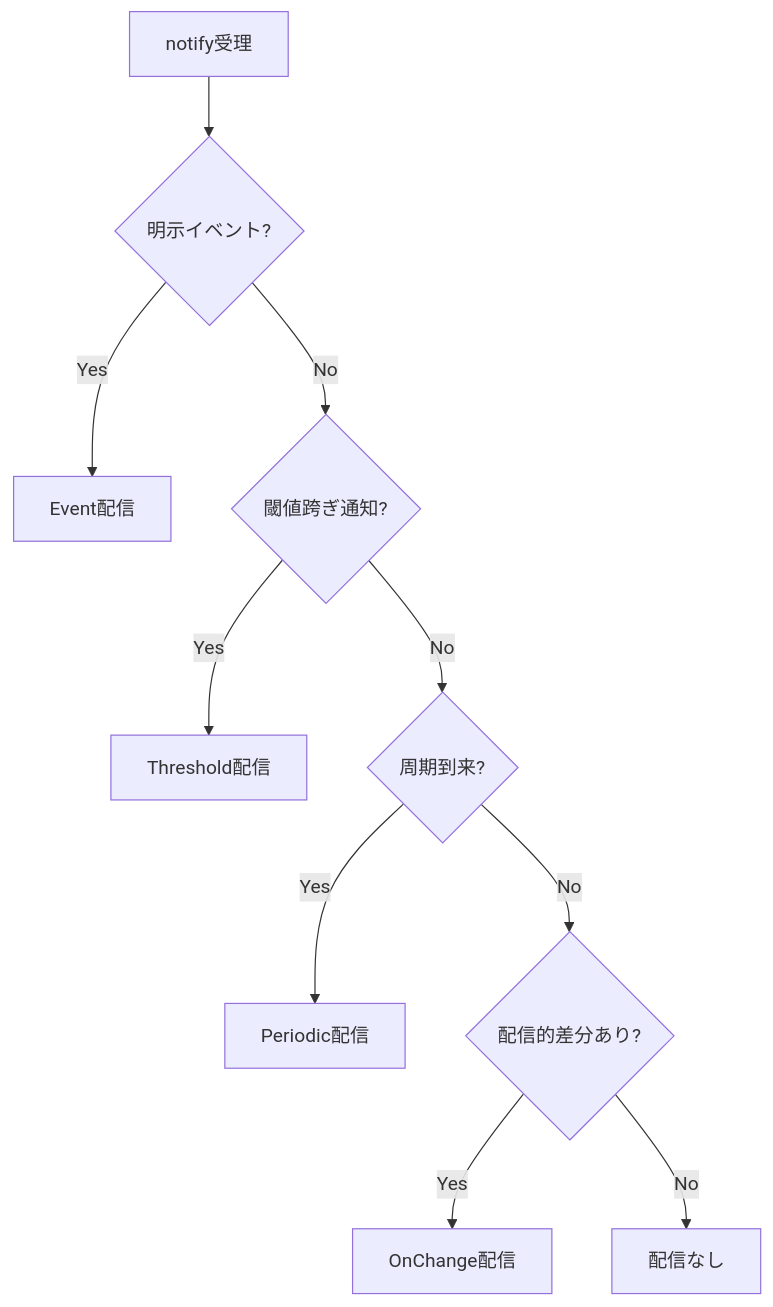
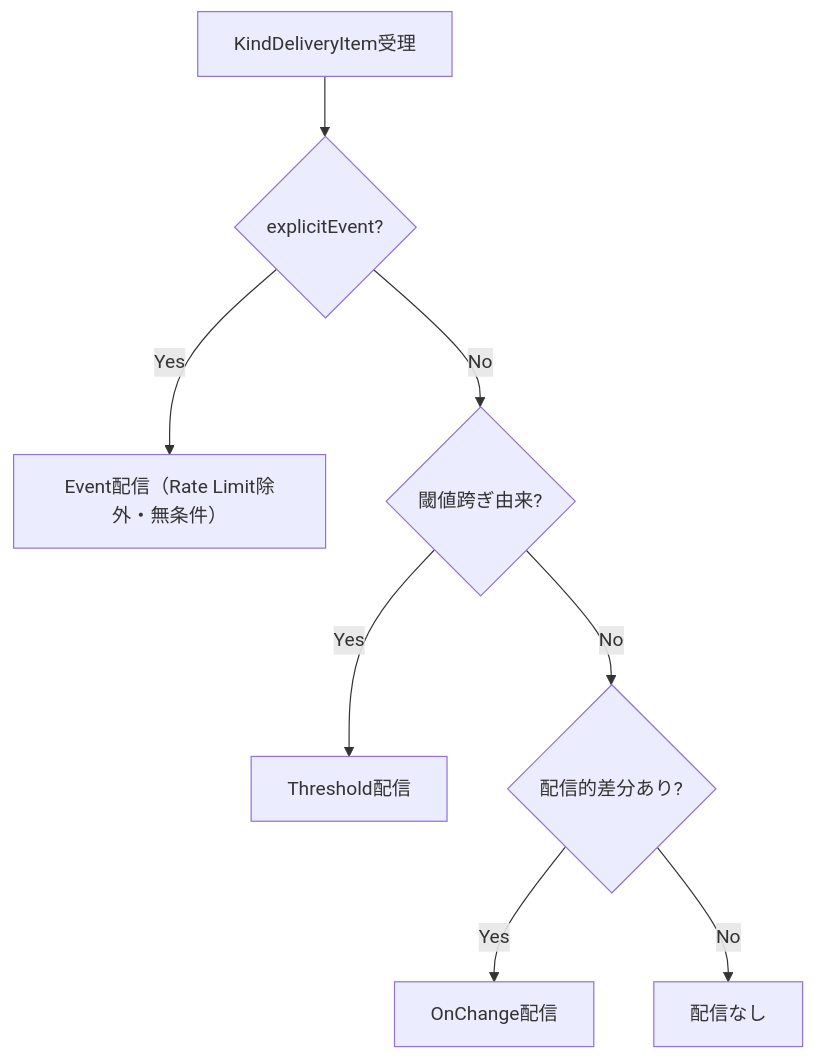
The second of 4 diagrams in ex/Publisher/PublisherLayer詳細設計書.md (ceedling-vxworks-test-generator/printer-fw), drawn with Mermaid before and after one commit. The commit also changed other lines of this file and 7 other files, not shown here.

````diff
--- a/ex/Publisher/PublisherLayer詳細設計書.md
+++ b/ex/Publisher/PublisherLayer詳細設計書.md
@@ -175,12 +219,10 @@
 ```mermaid
 flowchart TD
-    A[notify受理] --> B{明示イベント?}
-    B -- Yes --> E[Event配信]
-    B -- No --> C{閾値跨ぎ通知?}
-    C -- Yes --> T[Threshold配信]
-    C -- No --> D{周期到来?}
-    D -- Yes --> P[Periodic配信]
-    D -- No --> O{配信的差分あり?}
+    A[KindDeliveryItem受理] --> B{explicitEvent?}
+    B -- Yes --> E[Event配信（Rate Limit除外・無条件）]
+    B -- No --> T{閾値跨ぎ由来?}
+    T -- Yes --> TH[Threshold配信]
+    T -- No --> O{配信的差分あり?}
     O -- Yes --> OC[OnChange配信]
     O -- No --> N[配信なし]
 ```
````
